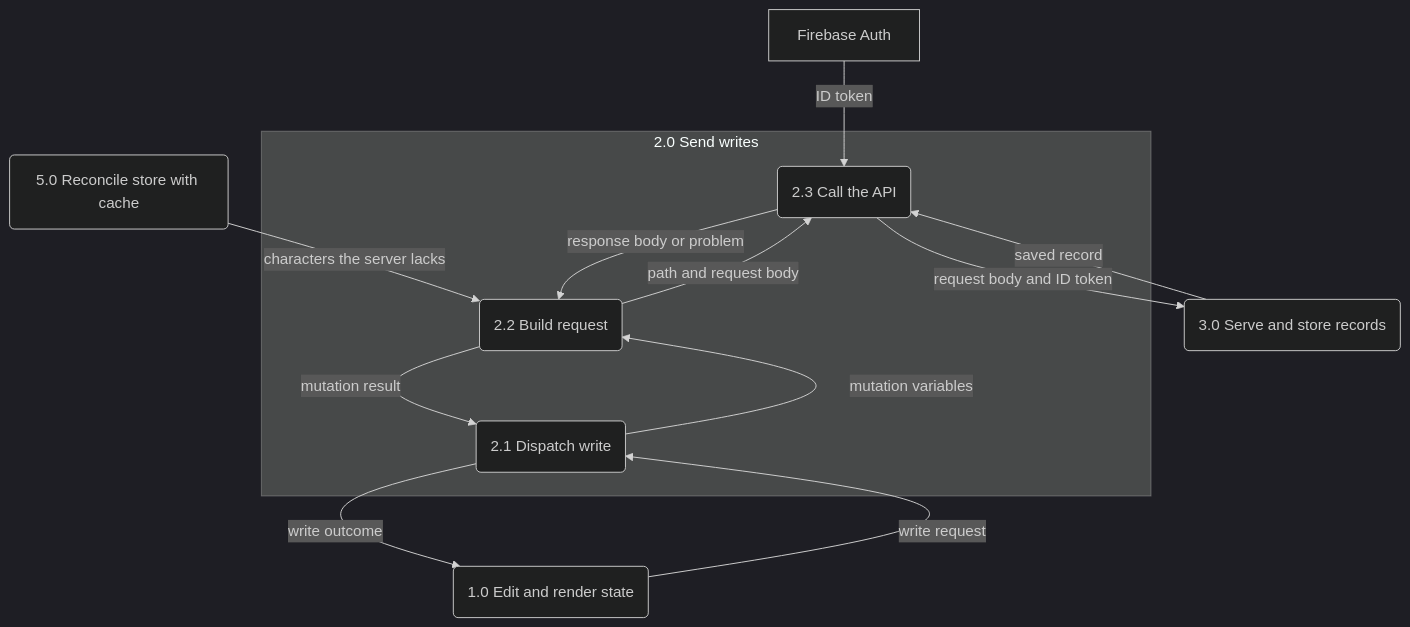
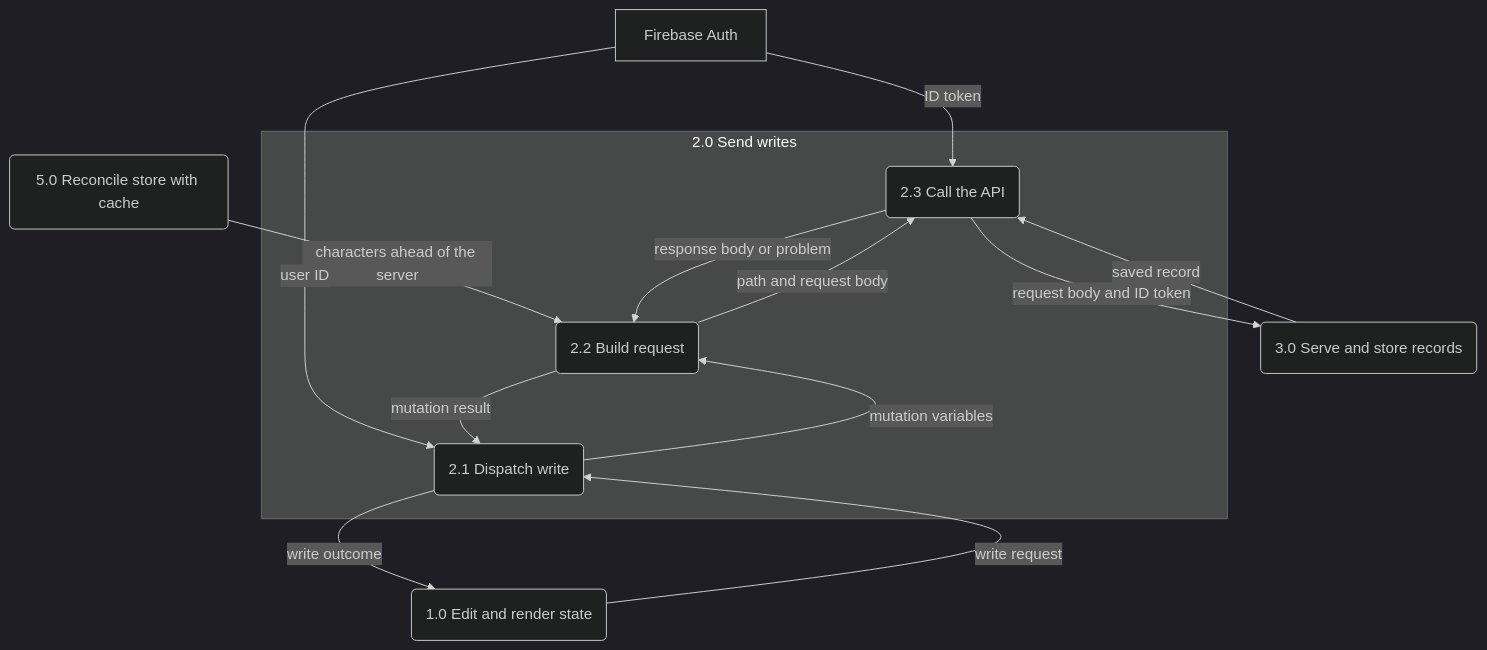
Before and after one commit to dungeon-studio/genshin.dungeon.studio: the second of 3 diagrams in docs/reference/data-flow-layers.md, drawn with Mermaid (dark theme). The commit also changed other lines of this file and 4 other files, not shown here.

First line of the commit message:
docs: fact-check data flow pages after merging develop

````diff
--- a/docs/reference/data-flow-layers.md
+++ b/docs/reference/data-flow-layers.md
@@ -224,24 +236,25 @@
 ```mermaid
 flowchart TB
   firebaseAuth[Firebase Auth]
   edit(1.0 Edit and render state)
   reconcile(5.0 Reconcile store with cache)
   serve(3.0 Serve and store records)
 
   subgraph send[2.0 Send writes]
     dispatch(2.1 Dispatch write)
     build(2.2 Build request)
     callApi(2.3 Call the API)
   end
 
   edit -->|write request| dispatch
   dispatch -->|mutation variables| build
-  reconcile -->|characters the server lacks| build
+  reconcile -->|characters ahead of the server| build
   build -->|path and request body| callApi
   firebaseAuth -->|ID token| callApi
+  firebaseAuth -->|user ID| dispatch
   callApi -->|request body and ID token| serve
   serve -->|saved record| callApi
   callApi -->|response body or problem| build
   build -->|mutation result| dispatch
   dispatch -->|write outcome| edit
 ```
````
